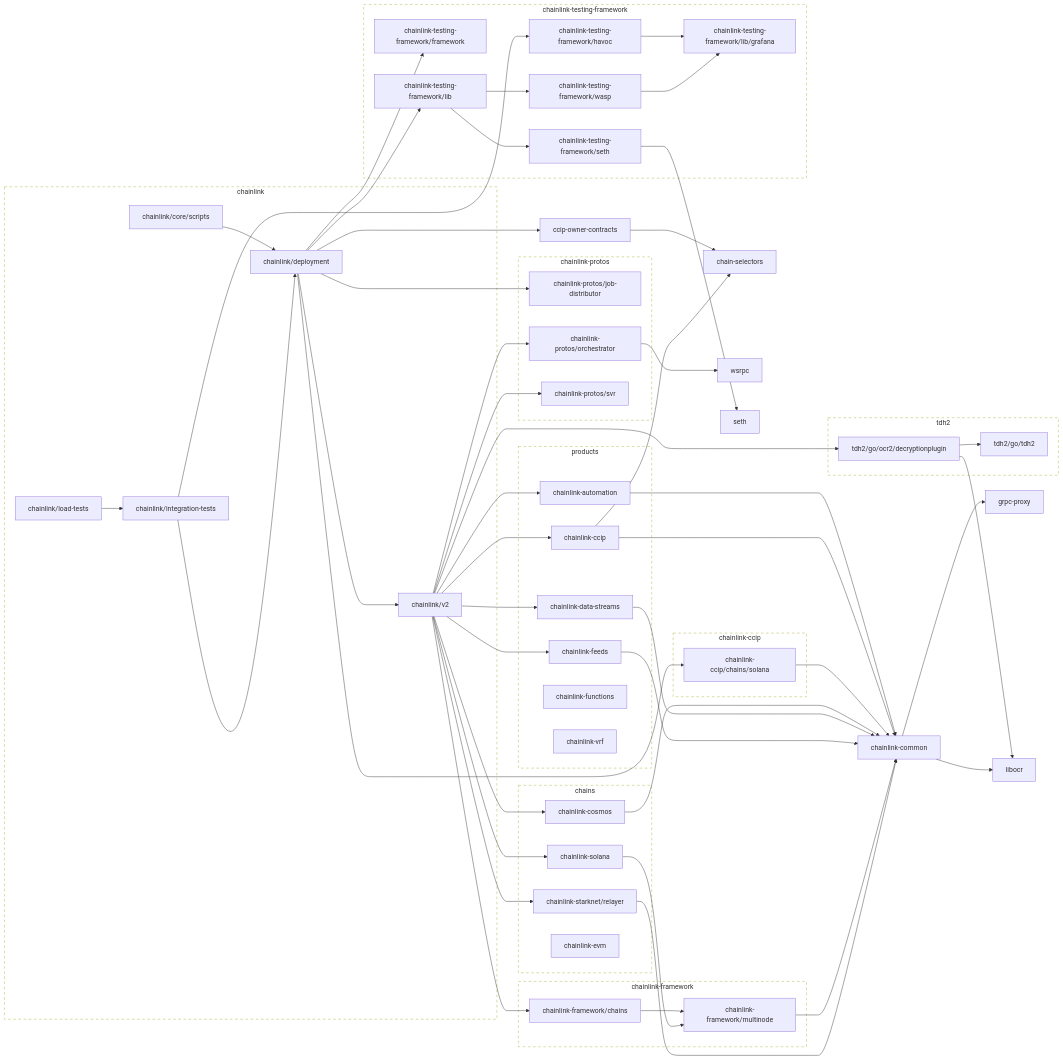
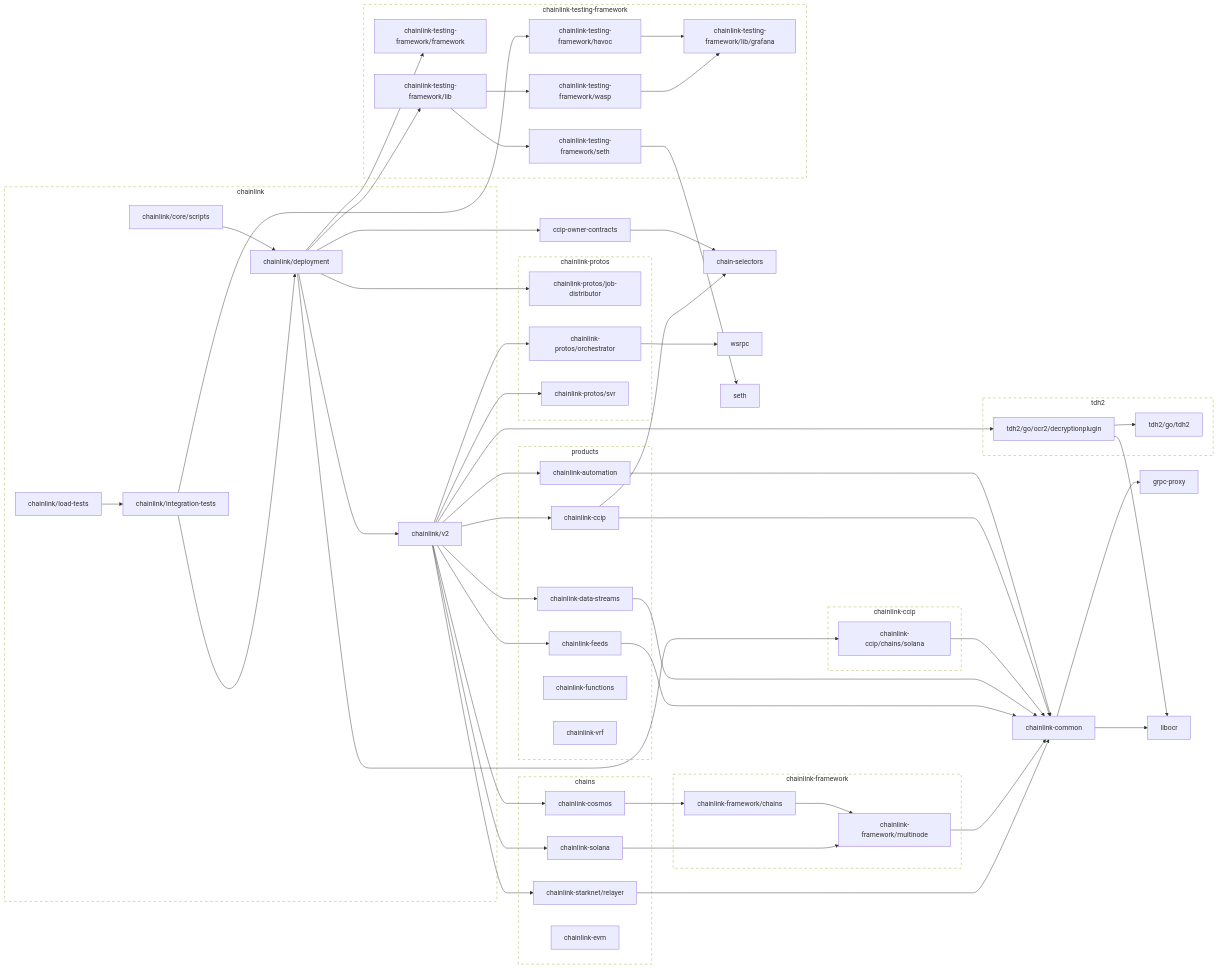
Before and after one commit to smartcontractkit/chainlink: the second of 2 diagrams in go.md, drawn with Mermaid. The commit also changed other lines of this file and 10 other files, not shown here.

Commit message:
bump chainlink-cosmos

```diff
--- a/go.md
+++ b/go.md
@@ -130,7 +129,7 @@
 	chainlink-common --> grpc-proxy
 	chainlink-common --> libocr
 	click chainlink-common href "https://github.com/smartcontractkit/chainlink-common"
-	chainlink-cosmos --> chainlink-common
+	chainlink-cosmos --> chainlink-framework/chains
 	click chainlink-cosmos href "https://github.com/smartcontractkit/chainlink-cosmos"
 	chainlink-data-streams --> chainlink-common
 	click chainlink-data-streams href "https://github.com/smartcontractkit/chainlink-data-streams"
@@ -182,7 +181,6 @@
 	chainlink/v2 --> chainlink-cosmos
 	chainlink/v2 --> chainlink-data-streams
 	chainlink/v2 --> chainlink-feeds
-	chainlink/v2 --> chainlink-framework/chains
 	chainlink/v2 --> chainlink-protos/orchestrator
 	chainlink/v2 --> chainlink-protos/svr
 	chainlink/v2 --> chainlink-solana
```
